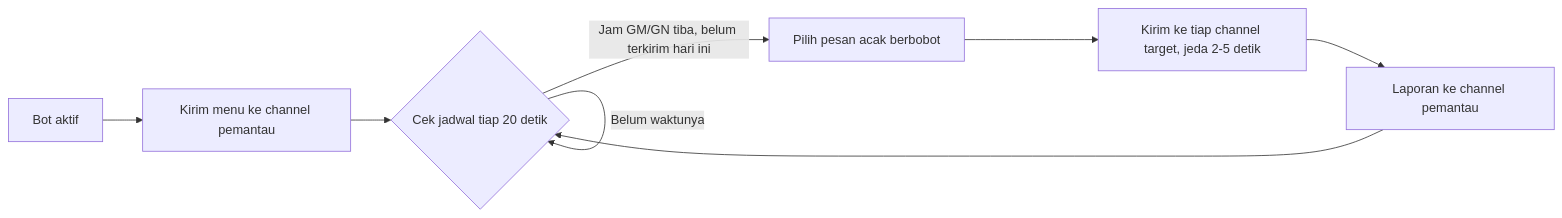
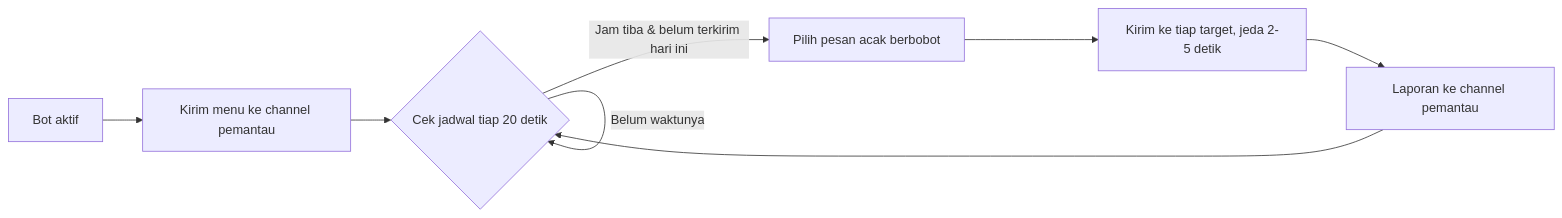
The diagram in README.md (akndrn000/bot-discord-gmgn), drawn with Mermaid before and after one commit. The commit also changed other lines of this file, not shown here.

````diff
--- a/README.md
+++ b/README.md
@@ -52,10 +70,10 @@
 ```mermaid
 flowchart LR
     A[Bot aktif] --> B[Kirim menu ke channel pemantau]
     B --> C{Cek jadwal tiap 20 detik}
-    C -->|Jam GM/GN tiba, belum terkirim hari ini| D[Pilih pesan acak berbobot]
-    D --> E[Kirim ke tiap channel target, jeda 2-5 detik]
+    C -->|Jam tiba & belum terkirim hari ini| D[Pilih pesan acak berbobot]
+    D --> E[Kirim ke tiap target, jeda 2-5 detik]
     E --> F[Laporan ke channel pemantau]
     F --> C
     C -->|Belum waktunya| C
 ```
````
